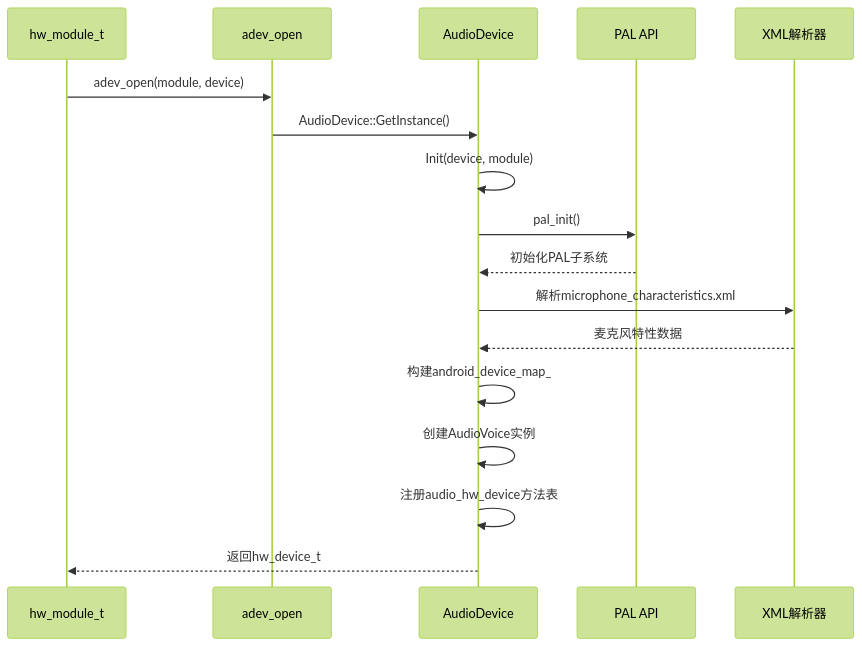
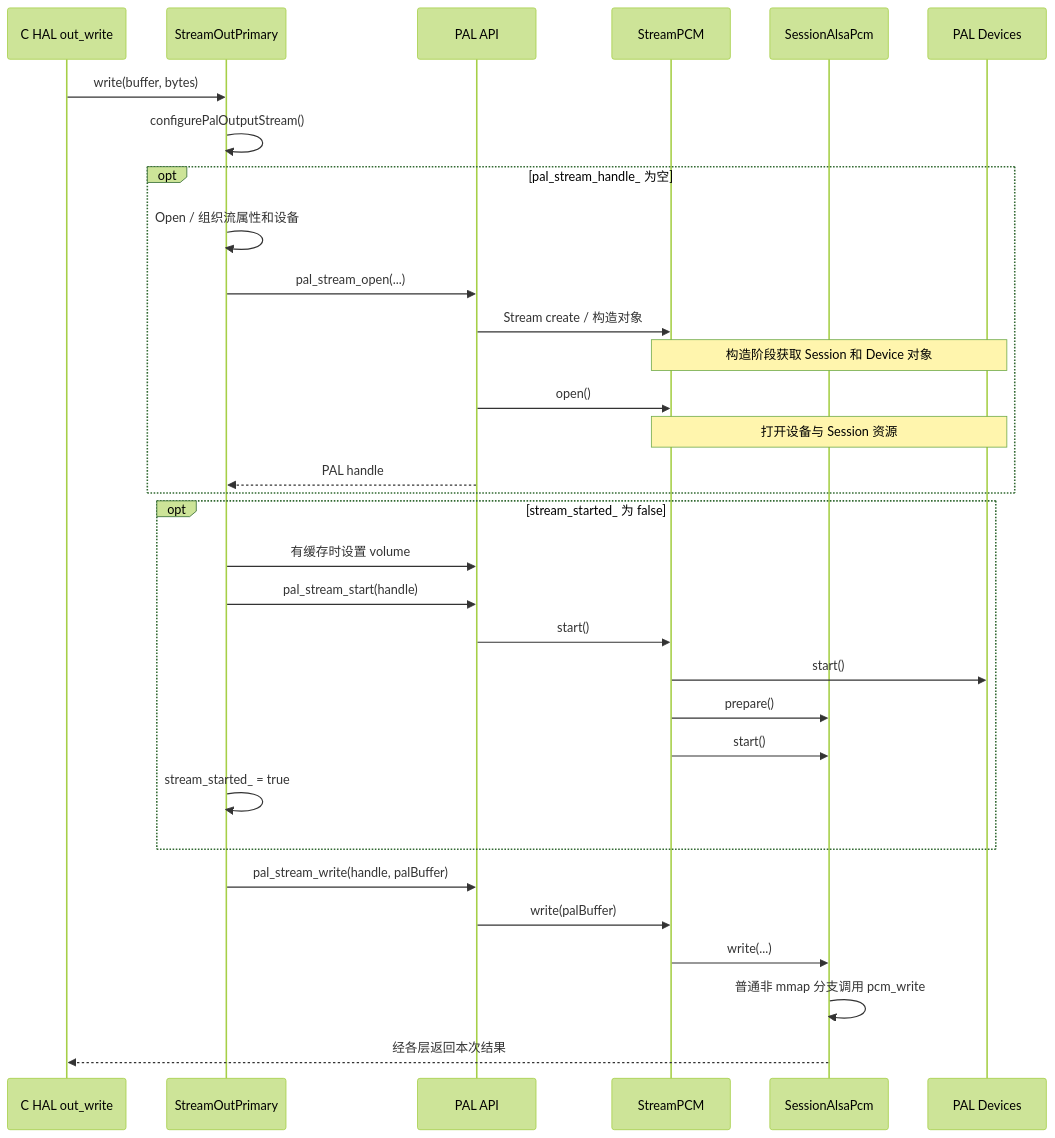
Before and after one commit to yanglinzhen1022/SA8295_AAOS_QNX_Audio_KnowledgeBase: the second of 4 diagrams in 15_PAL_Architecture/15_15.10_HAL-PAL适配层架构.md, drawn with Mermaid (forest theme). The commit also changed other lines of this file and 8 other files, not shown here.

Commit message:
docs: rebuild HAL-to-PAL learning sample from local AudioReach source

````diff
--- a/15_PAL_Architecture/15_15.10_HAL-PAL适配层架构.md
+++ b/15_PAL_Architecture/15_15.10_HAL-PAL适配层架构.md
@@ -81,20 +64,34 @@
 ```mermaid
 sequenceDiagram
-    participant HWS as hw_module_t
-    participant ADEV as adev_open
-    participant AD as AudioDevice
-    participant PAL as PAL API
-    participant XML as XML解析器
-
-    HWS->>ADEV: adev_open(module, device)
-    ADEV->>AD: AudioDevice::GetInstance()
-    AD->>AD: Init(device, module)
-    AD->>PAL: pal_init()
-    PAL-->>AD: 初始化PAL子系统
-    AD->>XML: 解析microphone_characteristics.xml
-    XML-->>AD: 麦克风特性数据
-    AD->>AD: 构建android_device_map_
-    AD->>AD: 创建AudioVoice实例
-    AD->>AD: 注册audio_hw_device方法表
-    AD-->>HWS: 返回hw_device_t
+    participant C as C HAL out_write
+    participant SO as StreamOutPrimary
+    participant API as PAL API
+    participant ST as StreamPCM
+    participant SE as SessionAlsaPcm
+    participant DE as PAL Devices
+    C->>SO: write(buffer, bytes)
+    SO->>SO: configurePalOutputStream()
+    opt pal_stream_handle_ 为空
+        SO->>SO: Open / 组织流属性和设备
+        SO->>API: pal_stream_open(...)
+        API->>ST: Stream create / 构造对象
+        Note over ST,DE: 构造阶段获取 Session 和 Device 对象
+        API->>ST: open()
+        Note over ST,DE: 打开设备与 Session 资源
+        API-->>SO: PAL handle
+    end
+    opt stream_started_ 为 false
+        SO->>API: 有缓存时设置 volume
+        SO->>API: pal_stream_start(handle)
+        API->>ST: start()
+        ST->>DE: start()
+        ST->>SE: prepare()
+        ST->>SE: start()
+        SO->>SO: stream_started_ = true
+    end
+    SO->>API: pal_stream_write(handle, palBuffer)
+    API->>ST: write(palBuffer)
+    ST->>SE: write(...)
+    SE->>SE: 普通非 mmap 分支调用 pcm_write
+    SE-->>C: 经各层返回本次结果
 ```
````
